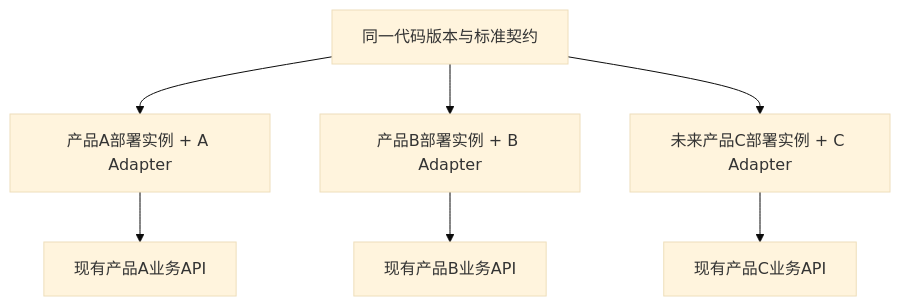
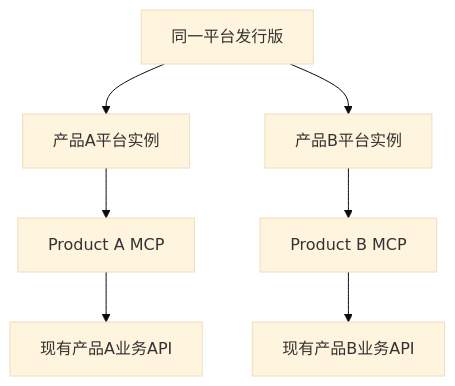
The first of 2 diagrams in docs/architecture-v2.0/01-架构基线与边界.md (GoodbyeMyself/Deep-Agents-AI-Assistant), drawn with Mermaid (base theme) before and after one commit. The commit also changed other lines of this file and 201 other files, not shown here.

````diff
--- a/docs/architecture-v2.0/01-架构基线与边界.md
+++ b/docs/architecture-v2.0/01-架构基线与边界.md
@@ -21,9 +28,9 @@
 ```mermaid
 flowchart TB
-  SRC[同一代码版本与标准契约] --> A[产品A部署实例 + A Adapter]
-  SRC --> B[产品B部署实例 + B Adapter]
-  SRC --> C[未来产品C部署实例 + C Adapter]
-  A --> APIA[现有产品A业务API]
-  B --> APIB[现有产品B业务API]
-  C --> APIC[现有产品C业务API]
+  SRC[同一平台发行版] --> A[产品A平台实例]
+  SRC --> B[产品B平台实例]
+  A --> MA[Product A MCP]
+  B --> MB[Product B MCP]
+  MA --> APIA[现有产品A业务API]
+  MB --> APIB[现有产品B业务API]
 ```
````
